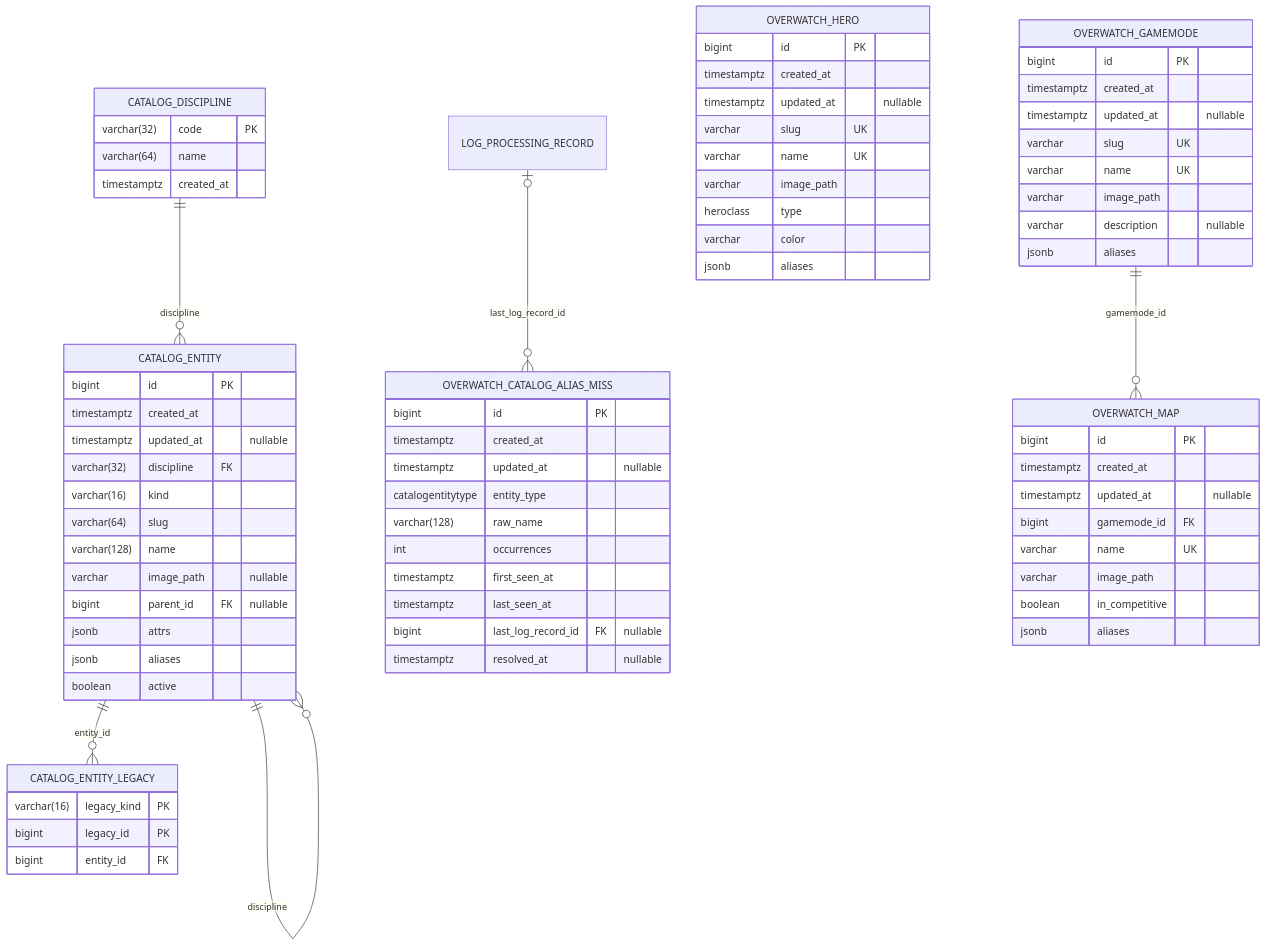
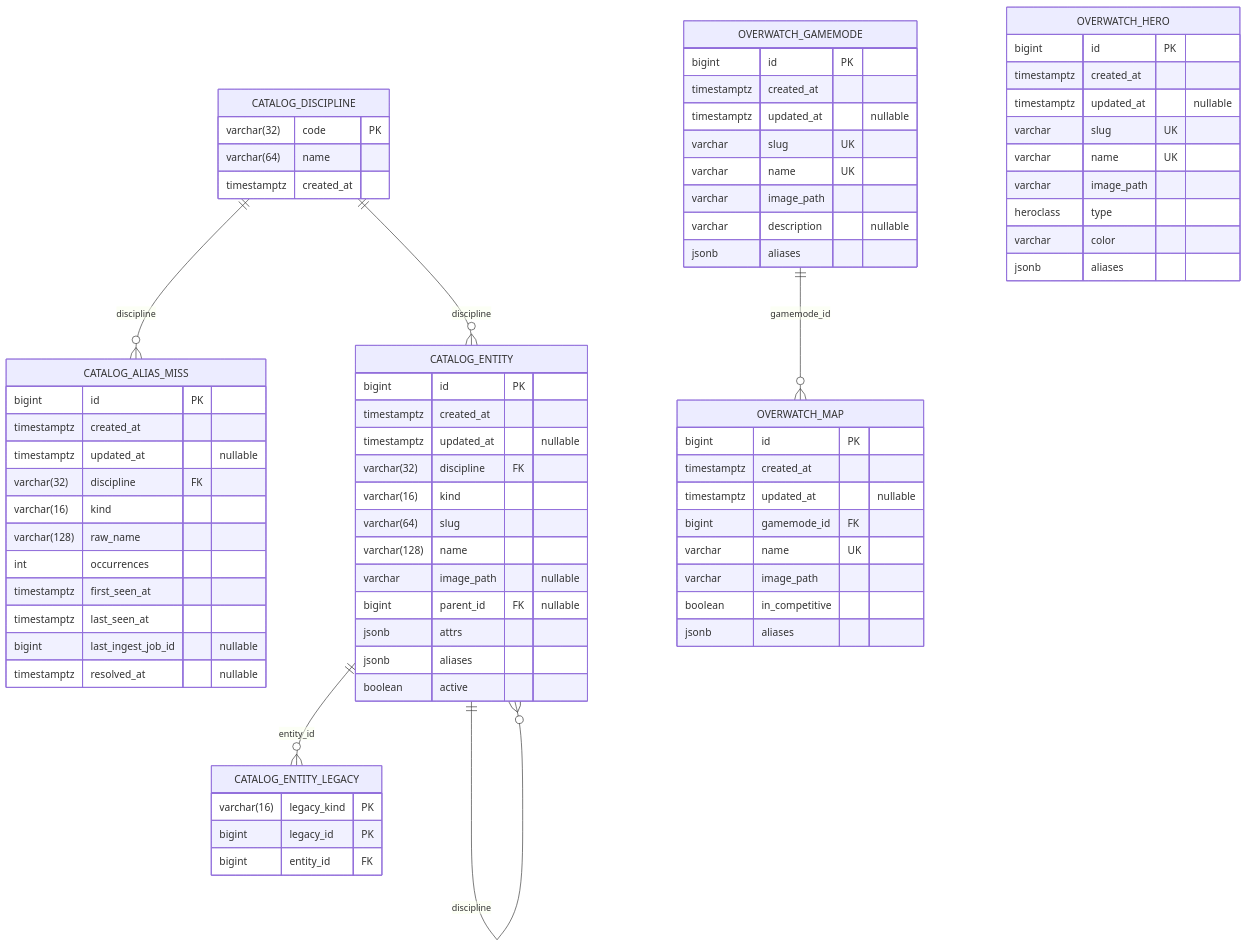
Before and after one commit to CraazzzyyFoxx/anak-tournaments: the fifth of 20 diagrams in docs/database_erd.md, drawn with Mermaid. The commit also changed other lines of this file and 39 other files, not shown here.

Commit message:
feat(catalog): generic admin CRUD by discipline and kind; alias worklist on catalog.alias_miss

````diff
--- a/docs/database_erd.md
+++ b/docs/database_erd.md
@@ -572,77 +572,78 @@
 ```mermaid
 erDiagram
+    CATALOG_ALIAS_MISS {
+        bigint id PK
+        timestamptz created_at
+        timestamptz updated_at "nullable"
+        varchar(32) discipline FK
+        varchar(16) kind
+        varchar(128) raw_name
+        int occurrences
+        timestamptz first_seen_at
+        timestamptz last_seen_at
+        bigint last_ingest_job_id "nullable"
+        timestamptz resolved_at "nullable"
+    }
     CATALOG_DISCIPLINE {
         varchar(32) code PK
         varchar(64) name
         timestamptz created_at
     }
     CATALOG_ENTITY {
         bigint id PK
         timestamptz created_at
         timestamptz updated_at "nullable"
         varchar(32) discipline FK
         varchar(16) kind
         varchar(64) slug
         varchar(128) name
         varchar image_path "nullable"
         bigint parent_id FK "nullable"
         jsonb attrs
         jsonb aliases
         boolean active
     }
     CATALOG_ENTITY_LEGACY {
         varchar(16) legacy_kind PK
         bigint legacy_id PK
         bigint entity_id FK
-    }
-    OVERWATCH_CATALOG_ALIAS_MISS {
-        bigint id PK
-        timestamptz created_at
-        timestamptz updated_at "nullable"
-        catalogentitytype entity_type
-        varchar(128) raw_name
-        int occurrences
-        timestamptz first_seen_at
-        timestamptz last_seen_at
-        bigint last_log_record_id FK "nullable"
-        timestamptz resolved_at "nullable"
     }
     OVERWATCH_GAMEMODE {
         bigint id PK
         timestamptz created_at
         timestamptz updated_at "nullable"
         varchar slug UK
         varchar name UK
         varchar image_path
         varchar description "nullable"
         jsonb aliases
     }
     OVERWATCH_HERO {
         bigint id PK
         timestamptz created_at
         timestamptz updated_at "nullable"
         varchar slug UK
         varchar name UK
         varchar image_path
         heroclass type
         varchar color
         jsonb aliases
     }
     OVERWATCH_MAP {
         bigint id PK
         timestamptz created_at
         timestamptz updated_at "nullable"
         bigint gamemode_id FK
         varchar name UK
         varchar image_path
         boolean in_competitive
         jsonb aliases
     }
 
+    CATALOG_DISCIPLINE ||--o{ CATALOG_ALIAS_MISS : "discipline"
     CATALOG_DISCIPLINE ||--o{ CATALOG_ENTITY : "discipline"
     CATALOG_ENTITY |o--o{ CATALOG_ENTITY : "parent_id"
     CATALOG_ENTITY ||--o{ CATALOG_ENTITY : "discipline"
     CATALOG_ENTITY ||--o{ CATALOG_ENTITY_LEGACY : "entity_id"
-    LOG_PROCESSING_RECORD |o--o{ OVERWATCH_CATALOG_ALIAS_MISS : "last_log_record_id"
     OVERWATCH_GAMEMODE ||--o{ OVERWATCH_MAP : "gamemode_id"
 ```
````
